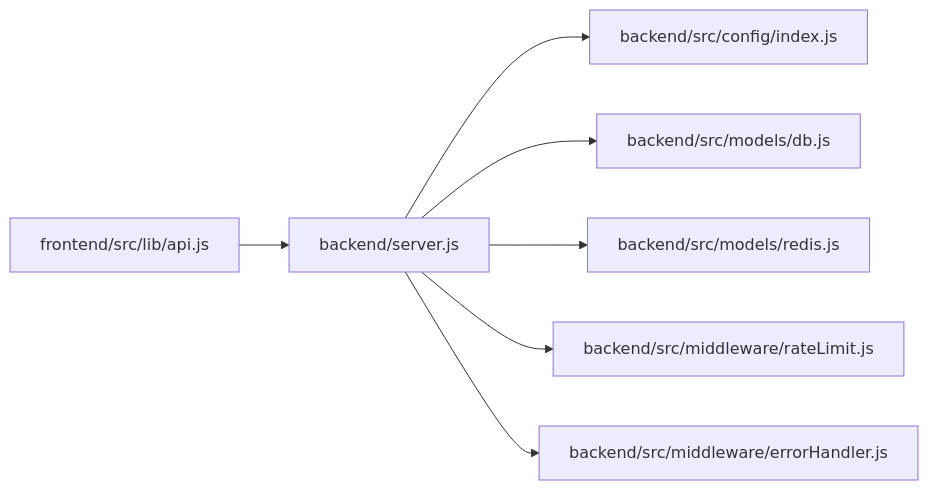
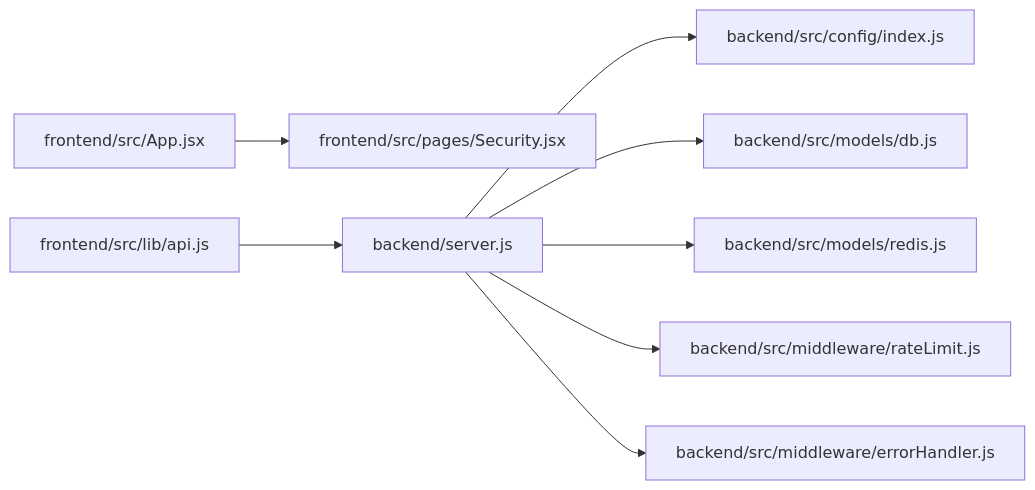
One commit to RunTimeAdmin/AgentID changed the sixth of 6 diagrams in .qoder/repowiki/en/content/Build & Deployment/Build & Deployment.md. Above: the diagram before and after it, drawn with Mermaid. The commit also changed other lines of this file and 6 other files, not shown here.

````diff
--- a/.qoder/repowiki/en/content/Build & Deployment/Build & Deployment.md
+++ b/.qoder/repowiki/en/content/Build & Deployment/Build & Deployment.md
@@ -640,9 +719,10 @@
 ```mermaid
 graph LR
+F_app["frontend/src/App.jsx"] --> F_security["frontend/src/pages/Security.jsx"]
 F_api["frontend/src/lib/api.js"] --> B_srv["backend/server.js"]
 B_srv --> B_cfg["backend/src/config/index.js"]
 B_srv --> B_db["backend/src/models/db.js"]
 B_srv --> B_rd["backend/src/models/redis.js"]
 B_srv --> B_rl["backend/src/middleware/rateLimit.js"]
 B_srv --> B_err["backend/src/middleware/errorHandler.js"]
 ```
````
